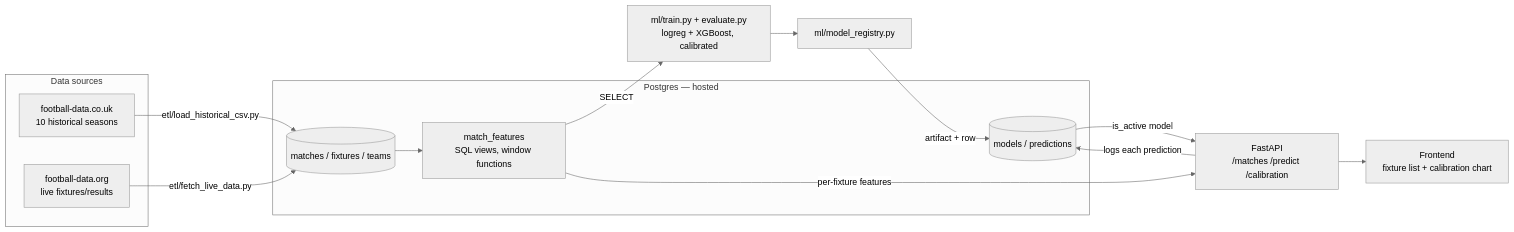
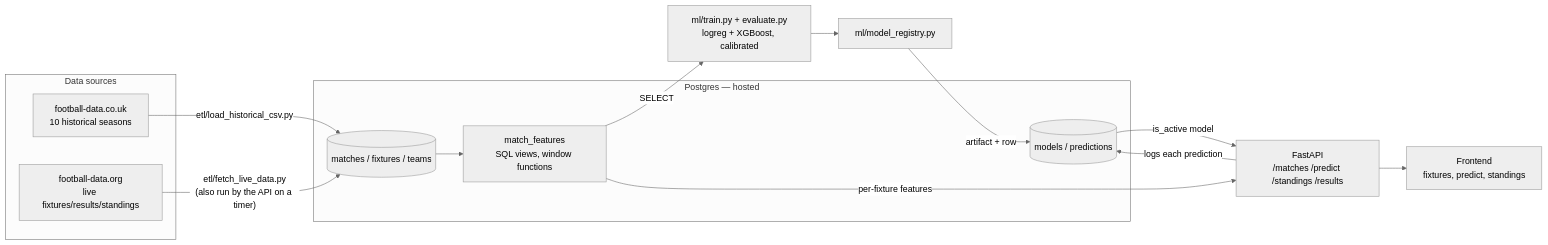
One commit to KarimgitCS/PredictXI changed the diagram in README.md. Above: the diagram before and after it, drawn with Mermaid (neutral theme). The commit also changed other lines of this file and 6 other files, not shown here.

````diff
--- a/README.md
+++ b/README.md
@@ -58,29 +66,29 @@
 ```mermaid
 flowchart LR
     subgraph sources [Data sources]
         CSV[football-data.co.uk<br/>10 historical seasons]
-        API[football-data.org<br/>live fixtures/results]
+        API[football-data.org<br/>live fixtures/results/standings]
     end
 
     subgraph db [Postgres — hosted]
         MATCHES[(matches / fixtures / teams)]
         VIEWS[match_features<br/>SQL views, window functions]
         MODELS[(models / predictions)]
     end
 
     ML[ml/train.py + evaluate.py<br/>logreg + XGBoost, calibrated]
     REGISTRY[ml/model_registry.py]
-    FASTAPI[FastAPI<br/>/matches /predict /calibration]
-    UI[Frontend<br/>fixture list + calibration chart]
+    FASTAPI[FastAPI<br/>/matches /predict /standings /results]
+    UI[Frontend<br/>fixtures, predict, standings]
 
     CSV -- etl/load_historical_csv.py --> MATCHES
-    API -- etl/fetch_live_data.py --> MATCHES
+    API -- "etl/fetch_live_data.py<br/>(also run by the API on a timer)" --> MATCHES
     MATCHES --> VIEWS
     VIEWS -- SELECT --> ML
     ML --> REGISTRY
     REGISTRY -- artifact + row --> MODELS
     MODELS -- is_active model --> FASTAPI
     VIEWS -- per-fixture features --> FASTAPI
     FASTAPI --> UI
     FASTAPI -- logs each prediction --> MODELS
 ```
````
